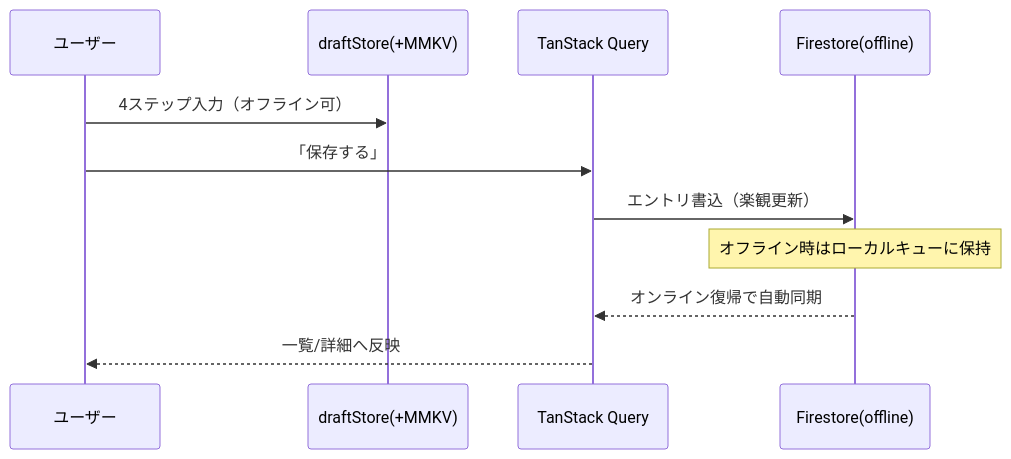
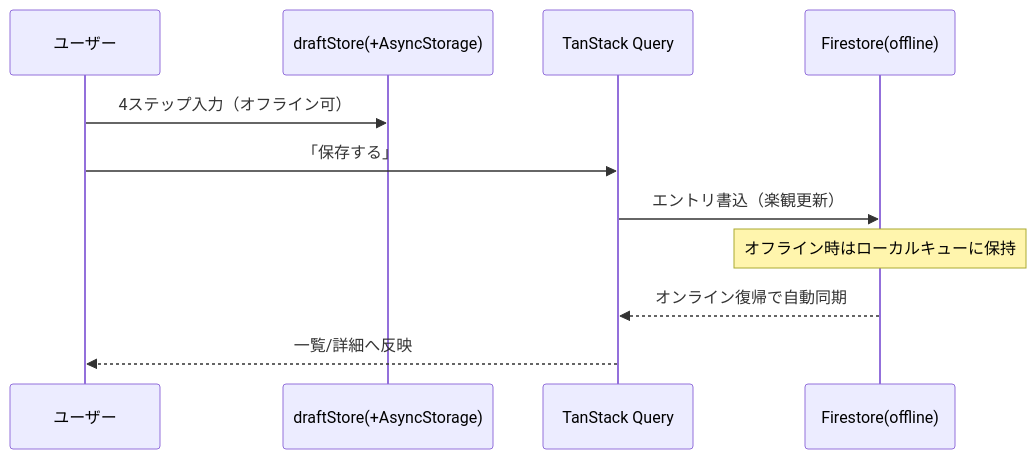
Before and after one commit to KierkegaalL/tasogare-diary: the third of 3 diagrams in docs/architecture.md, drawn with Mermaid. The commit also changed other lines of this file and 6 other files, not shown here.

First line of the commit message:
fix: 下書き（draftStore）のオフライン永続化を配線

````diff
--- a/docs/architecture.md
+++ b/docs/architecture.md
@@ -221,13 +221,13 @@
 ```mermaid
 sequenceDiagram
   participant U as ユーザー
-  participant D as draftStore(+MMKV)
+  participant D as draftStore(+AsyncStorage)
   participant Q as TanStack Query
   participant FS as Firestore(offline)
   U->>D: 4ステップ入力（オフライン可）
   U->>Q: 「保存する」
   Q->>FS: エントリ書込（楽観更新）
   Note over FS: オフライン時はローカルキューに保持
   FS-->>Q: オンライン復帰で自動同期
   Q-->>U: 一覧/詳細へ反映
 ```
````
